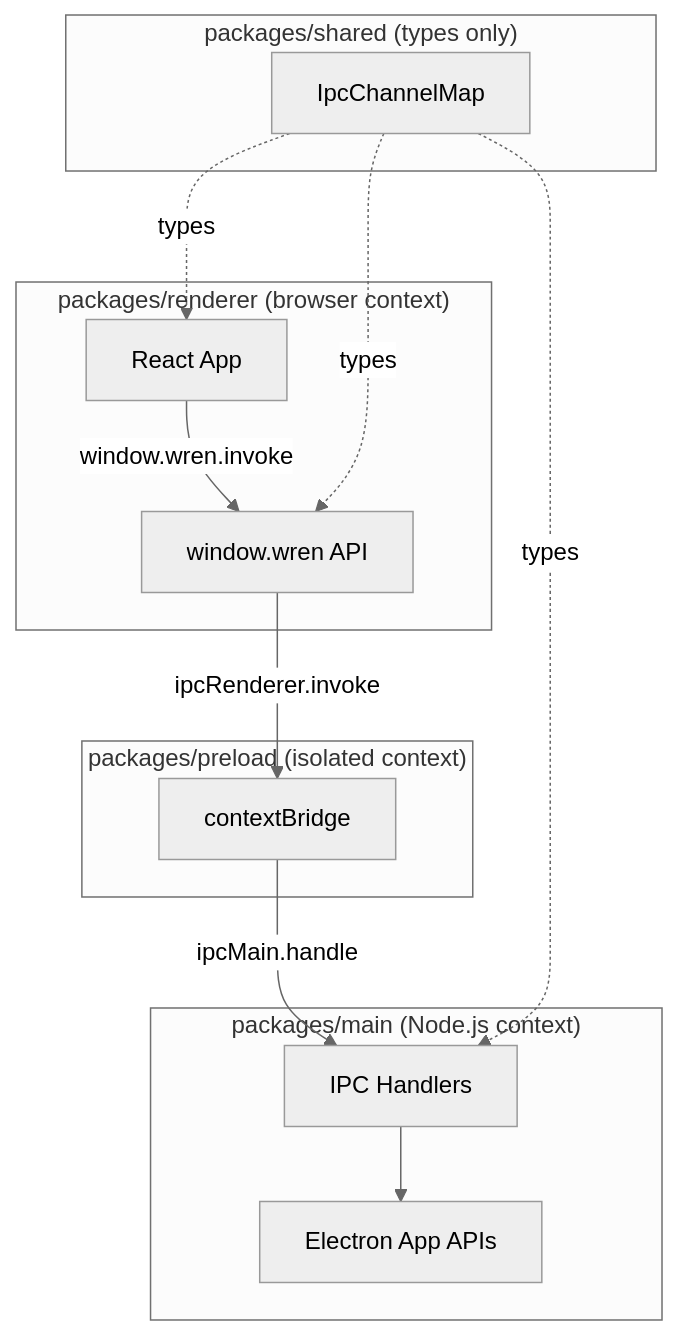
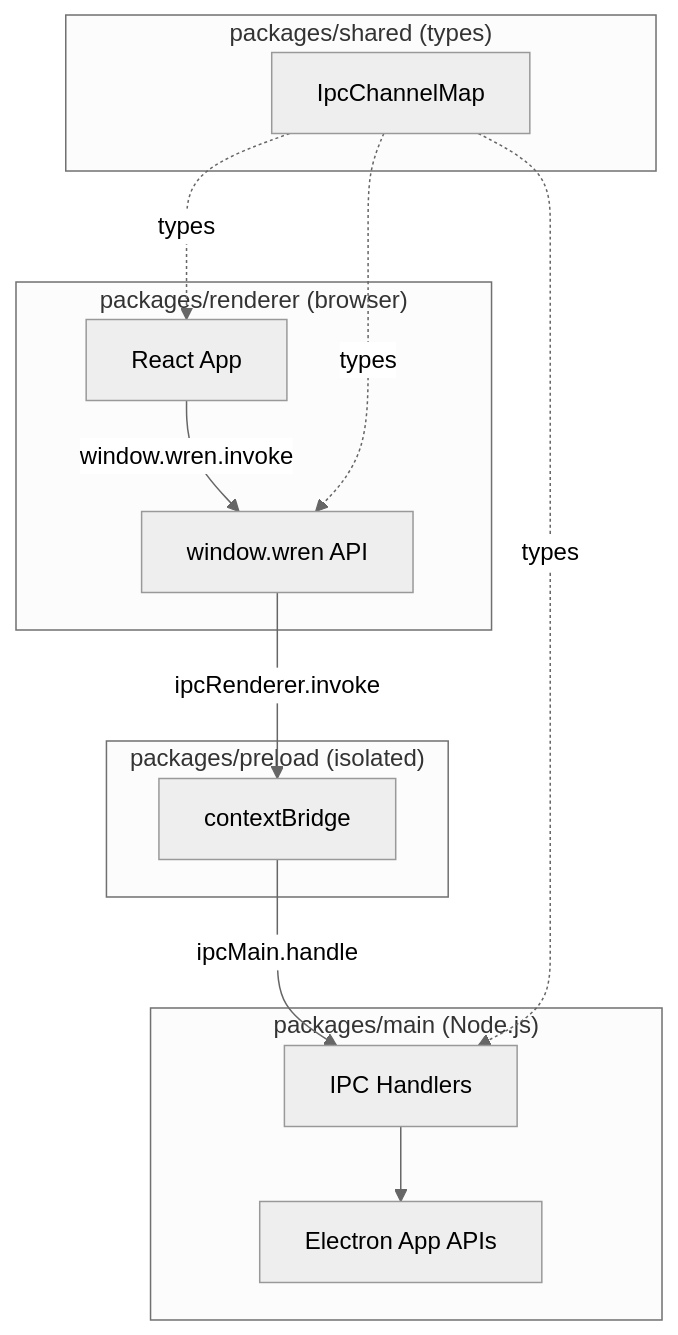
The diagram in README.md (ObbyVR/wren), drawn with Mermaid (neutral theme) before and after one commit. The commit also changed other lines of this file and 3 other files, not shown here.

````diff
--- a/README.md
+++ b/README.md
@@ -120,21 +161,18 @@
 ```mermaid
 graph TD
-    subgraph Renderer["packages/renderer (browser context)"]
+    subgraph Renderer["packages/renderer (browser)"]
         R[React App] -->|window.wren.invoke| PL[window.wren API]
     end
-
-    subgraph Preload["packages/preload (isolated context)"]
+    subgraph Preload["packages/preload (isolated)"]
         PL -->|ipcRenderer.invoke| CB[contextBridge]
     end
-
-    subgraph Main["packages/main (Node.js context)"]
+    subgraph Main["packages/main (Node.js)"]
         CB -->|ipcMain.handle| H[IPC Handlers]
         H --> APP[Electron App APIs]
     end
-
-    subgraph Shared["packages/shared (types only)"]
+    subgraph Shared["packages/shared (types)"]
         T[IpcChannelMap] -.->|types| R
         T -.->|types| PL
         T -.->|types| H
     end
 ```
````
